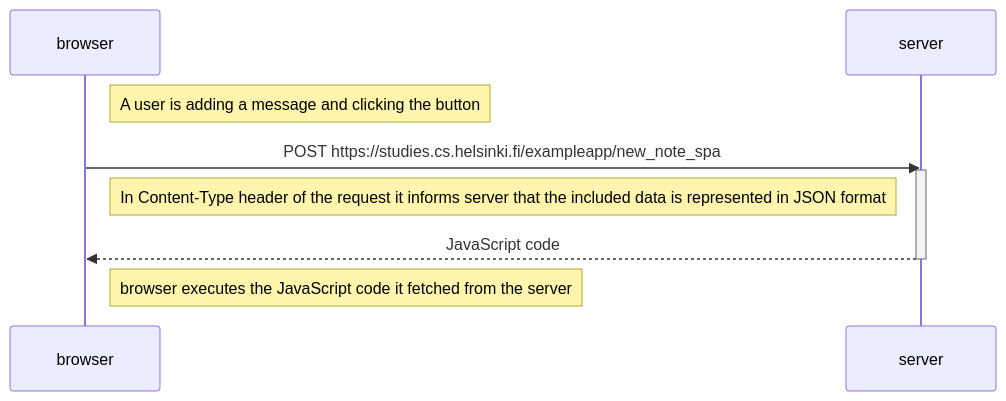
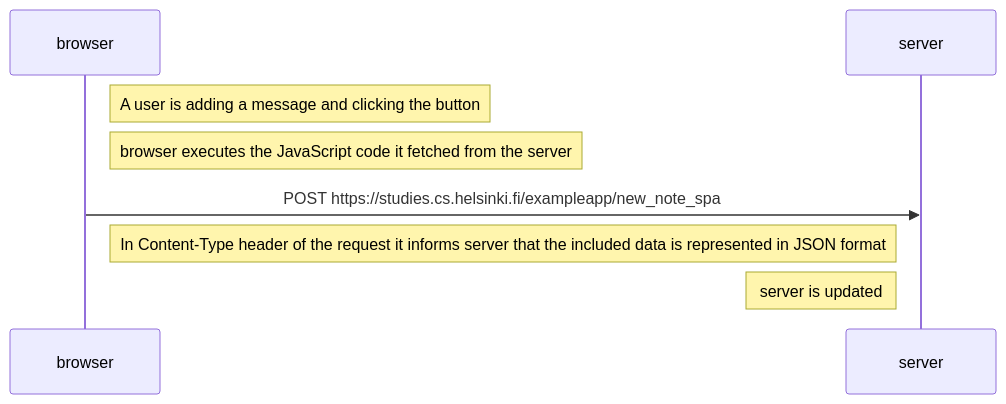
Before and after one commit to karolinakwasny/Full_Stack_open: the diagram in part0/new_node_in_single_page_app_diagram.md, drawn with Mermaid.

Commit message:
new node update

````diff
--- a/part0/new_node_in_single_page_app_diagram.md
+++ b/part0/new_node_in_single_page_app_diagram.md
@@ -1,17 +1,16 @@
 ```mermaid
 sequenceDiagram
     participant browser
     participant server
 
     Note right of browser: A user is adding a message and clicking the button
 
+    Note right of browser: browser executes the JavaScript code it fetched from the server
     browser->>server: POST https://studies.cs.helsinki.fi/exampleapp/new_note_spa
     activate server
 
     Note right of browser: In Content-Type header of the request it informs server that the included data is represented in JSON format
 
-    server-->>browser: JavaScript code
-    deactivate server
+    Note left of server: server is updated
 
-    Note right of browser: browser executes the JavaScript code it fetched from the server
 ```
````
